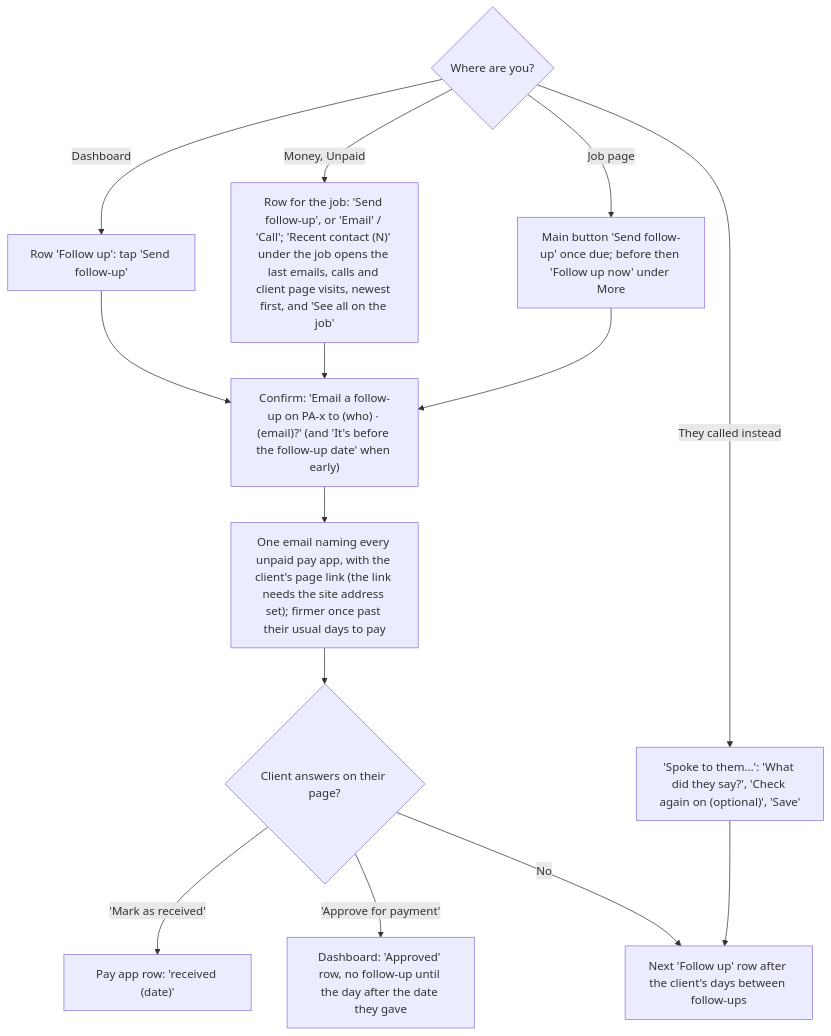
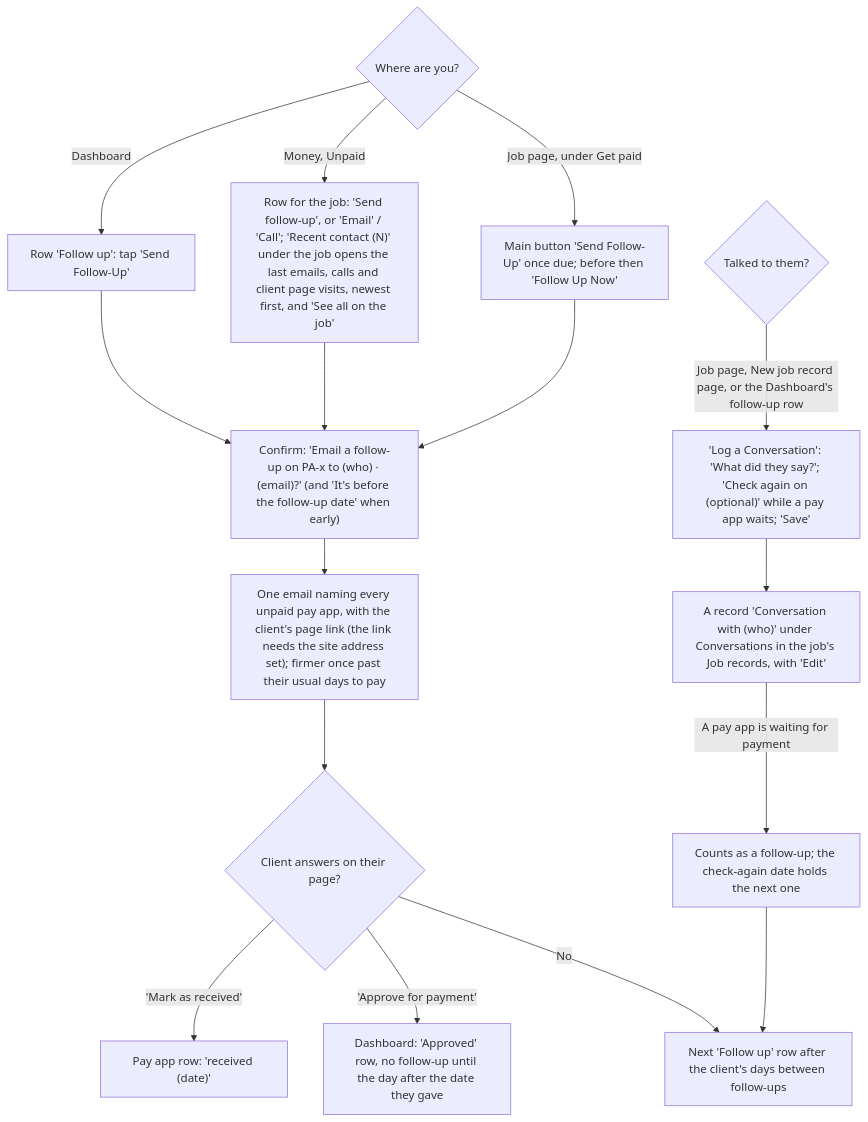
The ninth of 18 diagrams in docs/client-flows.md (cartwrightstephen/billdable), drawn with Mermaid before and after one commit. The commit also changed other lines of this file and 2 other files, not shown here.

First line of the commit message:
Docs brought up to the Nov 3 overhaul: flows, README, manual test

````diff
--- a/docs/client-flows.md
+++ b/docs/client-flows.md
@@ -368,16 +427,18 @@
 ```mermaid
 flowchart TD
-    A{"Where are you?"} -->|"Dashboard"| B["Row 'Follow up': tap 'Send follow-up'"]
+    A{"Where are you?"} -->|"Dashboard"| B["Row 'Follow up': tap 'Send Follow-Up'"]
     A -->|"Money, Unpaid"| C["Row for the job: 'Send follow-up', or 'Email' / 'Call'; 'Recent contact (N)' under the job opens the last emails, calls and client page visits, newest first, and 'See all on the job'"]
-    A -->|"Job page"| D["Main button 'Send follow-up' once due; before then 'Follow up now' under More"]
+    A -->|"Job page, under Get paid"| D["Main button 'Send Follow-Up' once due; before then 'Follow Up Now'"]
     B --> E["Confirm: 'Email a follow-up on PA-x to (who) · (email)?' (and 'It's before the follow-up date' when early)"]
     C --> E
     D --> E
     E --> G["One email naming every unpaid pay app, with the client's page link (the link needs the site address set); firmer once past their usual days to pay"]
     G --> H{"Client answers on their page?"}
     H -->|"'Mark as received'"| I["Pay app row: 'received (date)'"]
     H -->|"'Approve for payment'"| I2["Dashboard: 'Approved' row, no follow-up until the day after the date they gave"]
     H -->|"No"| J["Next 'Follow up' row after the client's days between follow-ups"]
-    A -->|"They called instead"| K["'Spoke to them…': 'What did they say?', 'Check again on (optional)', 'Save'"]
-    K --> J
+    TK{"Talked to them?"} -->|"Job page, New job record page, or the Dashboard's follow-up row"| K["'Log a Conversation': 'What did they say?'; 'Check again on (optional)' while a pay app waits; 'Save'"]
+    K --> K1["A record 'Conversation with (who)' under Conversations in the job's Job records, with 'Edit'"]
+    K1 -->|"A pay app is waiting for payment"| K2["Counts as a follow-up; the check-again date holds the next one"]
+    K2 --> J
 ```
````
